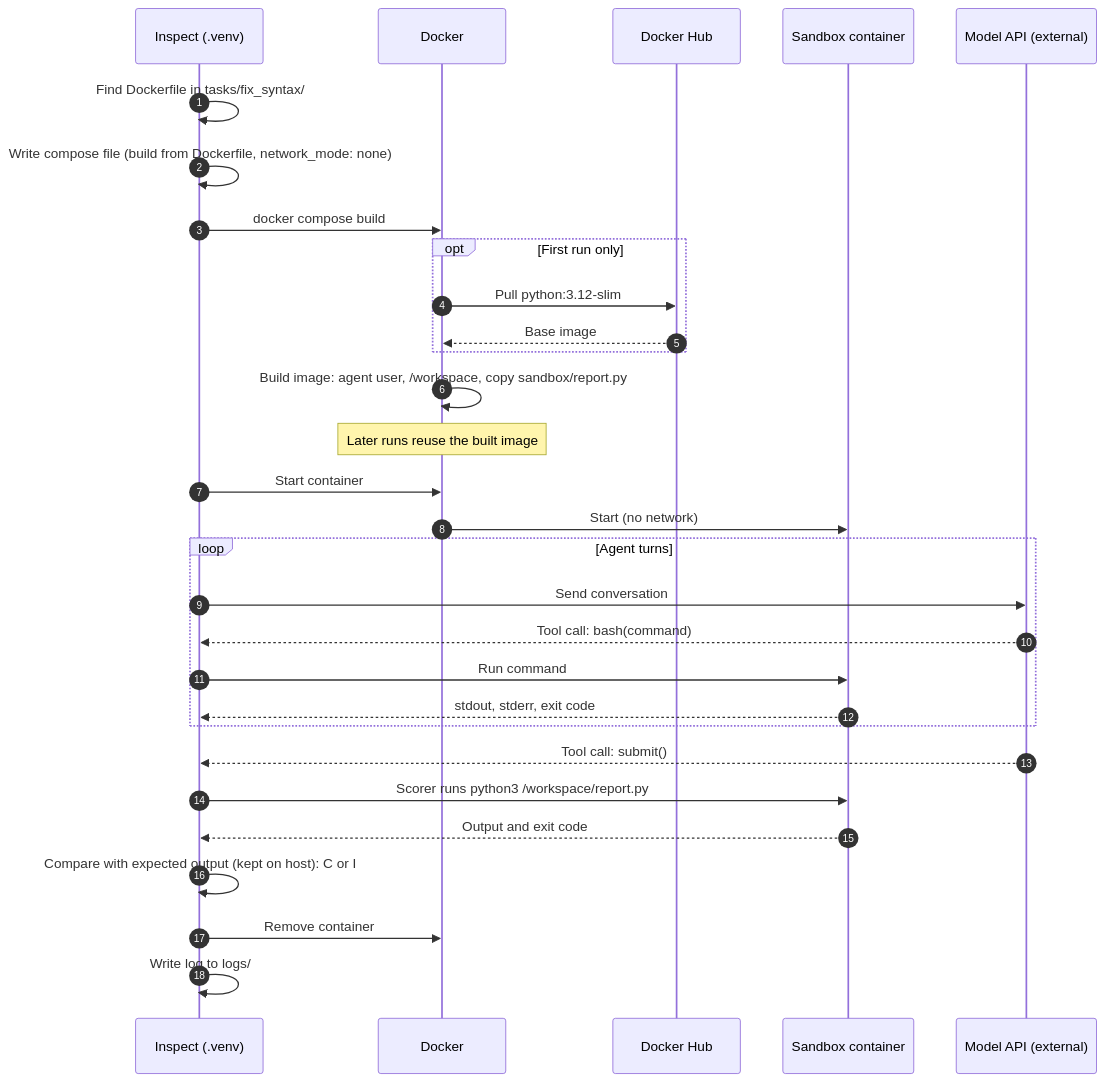
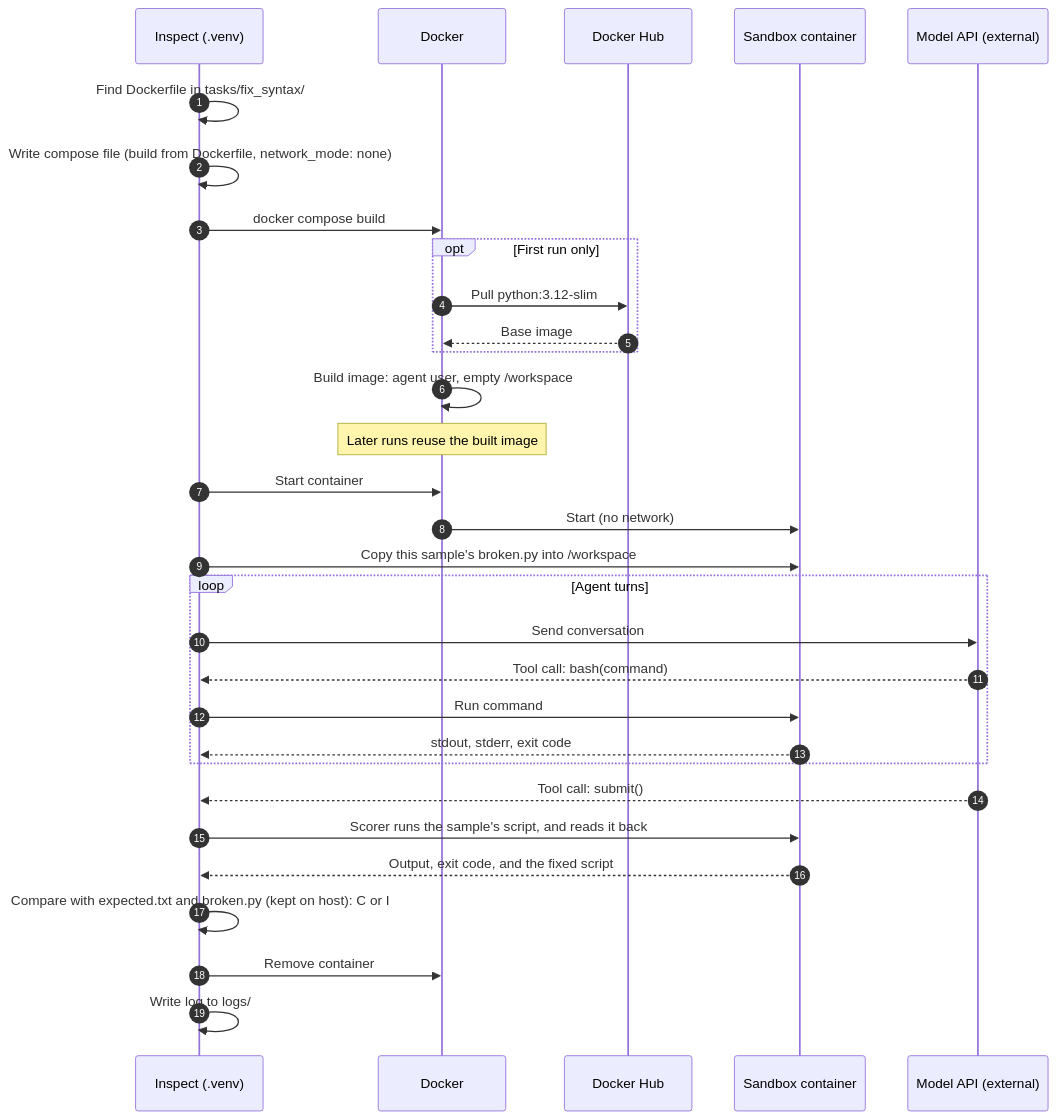
Before and after one commit to h-fuzzy-logic/inspect-experiments: the second of 2 diagrams in docs/agent-sandbox-sequence.md, drawn with Mermaid. The commit also changed other lines of this file and 32 other files, not shown here.

````diff
--- a/docs/agent-sandbox-sequence.md
+++ b/docs/agent-sandbox-sequence.md
@@ -40,35 +40,36 @@
 ```mermaid
 sequenceDiagram
     autonumber
     participant I as Inspect (.venv)
     participant D as Docker
     participant H as Docker Hub
     participant S as Sandbox container
     participant M as Model API (external)
 
     I->>I: Find Dockerfile in tasks/fix_syntax/
     I->>I: Write compose file (build from Dockerfile, network_mode: none)
     I->>D: docker compose build
     opt First run only
         D->>H: Pull python:3.12-slim
         H-->>D: Base image
     end
-    D->>D: Build image: agent user, /workspace, copy sandbox/report.py
+    D->>D: Build image: agent user, empty /workspace
     Note over D: Later runs reuse the built image
     I->>D: Start container
     D->>S: Start (no network)
+    I->>S: Copy this sample's broken.py into /workspace
 
     loop Agent turns
         I->>M: Send conversation
         M-->>I: Tool call: bash(command)
         I->>S: Run command
         S-->>I: stdout, stderr, exit code
     end
     M-->>I: Tool call: submit()
 
-    I->>S: Scorer runs python3 /workspace/report.py
-    S-->>I: Output and exit code
-    I->>I: Compare with expected output (kept on host): C or I
+    I->>S: Scorer runs the sample's script, and reads it back
+    S-->>I: Output, exit code, and the fixed script
+    I->>I: Compare with expected.txt and broken.py (kept on host): C or I
     I->>D: Remove container
     I->>I: Write log to logs/
 ```
````
